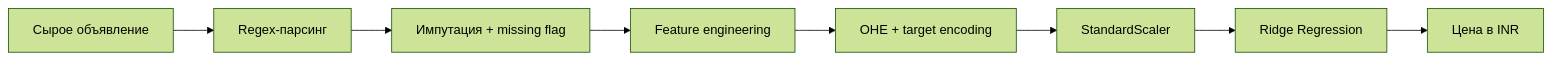
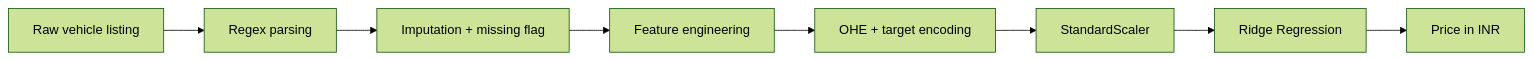
Before and after one commit to McChainiy/auto_price_prediction: the diagram in README.md, drawn with Mermaid (forest theme). The commit also changed other lines of this file and 3 other files, not shown here.

````diff
--- a/README.md
+++ b/README.md
@@ -40,10 +59,10 @@
 ```mermaid
 flowchart LR
-    A[Сырое объявление] --> B[Regex-парсинг]
-    B --> C[Импутация + missing flag]
+    A[Raw vehicle listing] --> B[Regex parsing]
+    B --> C[Imputation + missing flag]
     C --> D[Feature engineering]
     D --> E[OHE + target encoding]
     E --> F[StandardScaler]
     F --> G[Ridge Regression]
-    G --> H[Цена в INR]
+    G --> H[Price in INR]
 ```
````
